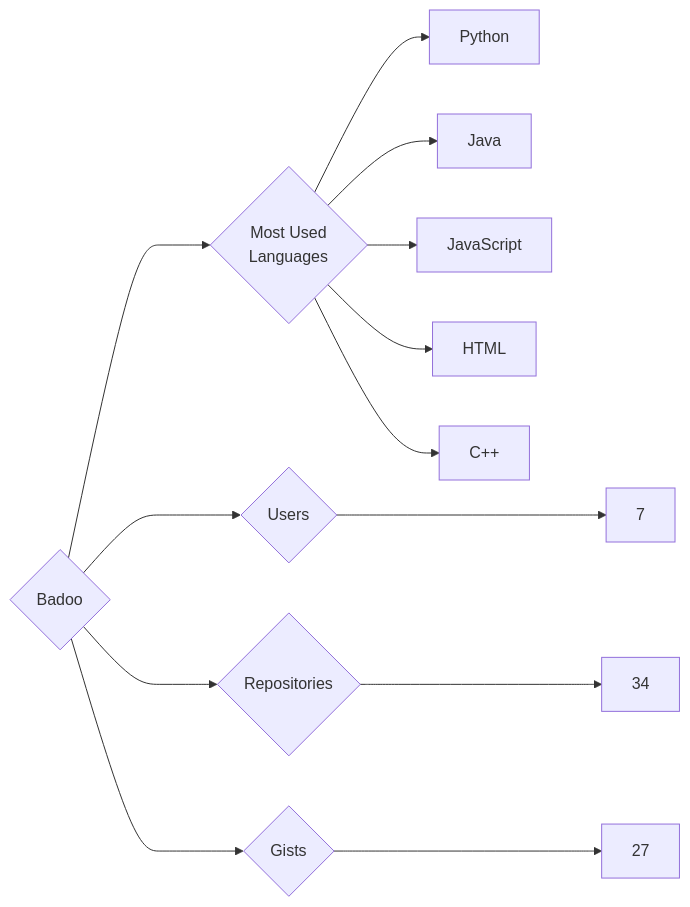
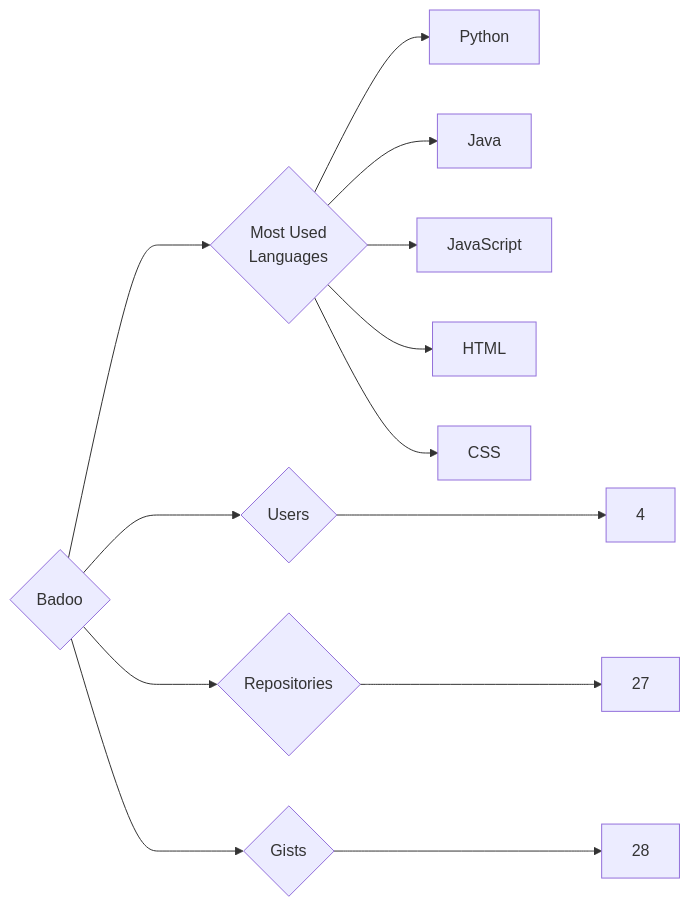
Before and after one commit to trickest/insiders: the diagram in targets/Badoo/README.md, drawn with Mermaid. The commit also changed 1088 other files, not shown here.

````diff
--- a/targets/Badoo/README.md
+++ b/targets/Badoo/README.md
@@ -3,13 +3,13 @@
 ```mermaid
 graph LR
 COMPANY_NAME{Badoo}
-COMPANY_NAME ---> U{Users} ---> UN[7]
-COMPANY_NAME ---> R{Repositories} ---> RN[34]
-COMPANY_NAME ---> G{Gists} ---> GN[27]
+COMPANY_NAME ---> U{Users} ---> UN[4]
+COMPANY_NAME ---> R{Repositories} ---> RN[27]
+COMPANY_NAME ---> G{Gists} ---> GN[28]
 COMPANY_NAME ---> ML{Most Used<br>Languages}
 ML --> Python[Python]
 ML --> Java[Java]
 ML --> JavaScript[JavaScript]
 ML --> HTML[HTML]
-ML --> C++[C++]
+ML --> CSS[CSS]
 ```
````
